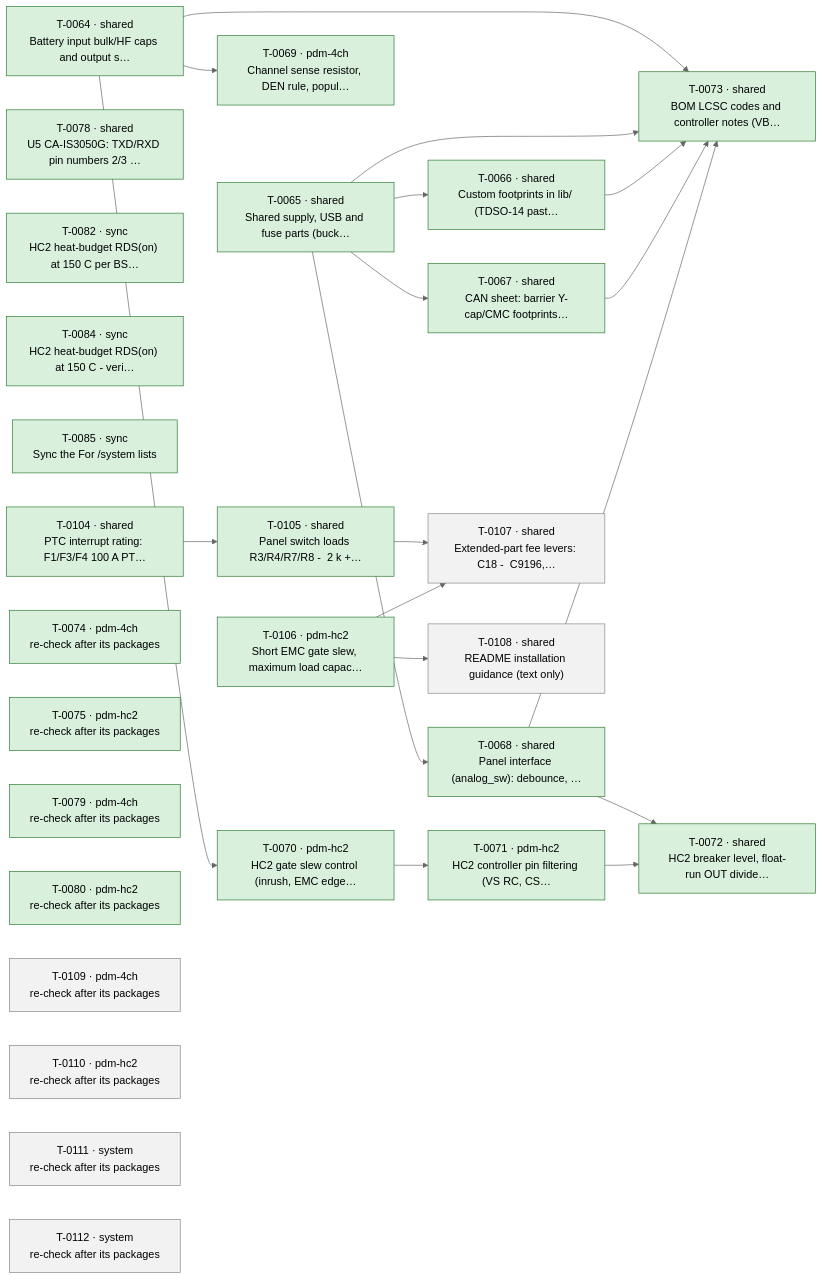
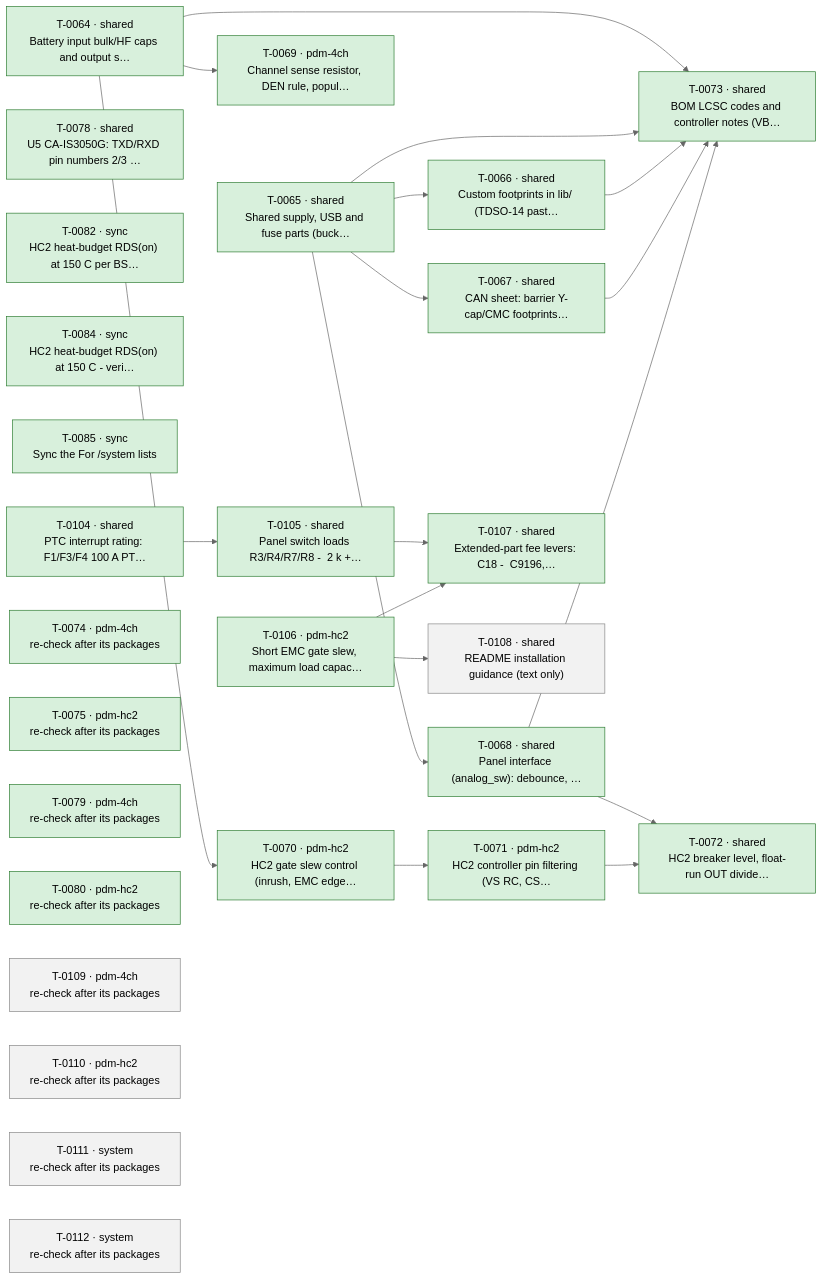
One commit to plektra/ESP32-PDM changed the diagram in docs/ROADMAP.md. Above: the diagram before and after it, drawn with Mermaid (neutral theme). The commit also changed other lines of this file and 3 other files, not shown here.

````diff
--- a/docs/ROADMAP.md
+++ b/docs/ROADMAP.md
@@ -18,51 +18,51 @@
 ```mermaid
 flowchart LR
   T0064["T-0064 · shared<br/>Battery input bulk/HF caps and output s…"]:::done
   T0065["T-0065 · shared<br/>Shared supply, USB and fuse parts (buck…"]:::done
   T0066["T-0066 · shared<br/>Custom footprints in lib/ (TDSO-14 past…"]:::done
   T0067["T-0067 · shared<br/>CAN sheet: barrier Y-cap/CMC footprints…"]:::done
   T0068["T-0068 · shared<br/>Panel interface (analog_sw): debounce, …"]:::done
   T0069["T-0069 · pdm-4ch<br/>Channel sense resistor, DEN rule, popul…"]:::done
   T0070["T-0070 · pdm-hc2<br/>HC2 gate slew control (inrush, EMC edge…"]:::done
   T0071["T-0071 · pdm-hc2<br/>HC2 controller pin filtering (VS RC, CS…"]:::done
   T0072["T-0072 · shared<br/>HC2 breaker level, float-run OUT divide…"]:::done
   T0073["T-0073 · shared<br/>BOM LCSC codes and controller notes (VB…"]:::done
   T0078["T-0078 · shared<br/>U5 CA-IS3050G: TXD/RXD pin numbers 2/3 …"]:::done
   T0082["T-0082 · sync<br/>HC2 heat-budget RDS(on) at 150 C per BS…"]:::done
   T0084["T-0084 · sync<br/>HC2 heat-budget RDS(on) at 150 C - veri…"]:::done
   T0085["T-0085 · sync<br/>Sync the  For /system  lists"]:::done
   T0104["T-0104 · shared<br/>PTC interrupt rating: F1/F3/F4 100 A PT…"]:::done
   T0105["T-0105 · shared<br/>Panel switch loads R3/R4/R7/R8 -  2 k +…"]:::done
   T0106["T-0106 · pdm-hc2<br/>Short EMC gate slew, maximum load capac…"]:::done
-  T0107["T-0107 · shared<br/>Extended-part fee levers: C18 -  C9196,…"]:::ready
+  T0107["T-0107 · shared<br/>Extended-part fee levers: C18 -  C9196,…"]:::done
   T0108["T-0108 · shared<br/>README installation guidance (text only)"]:::ready
   T0074["T-0074 · pdm-4ch<br/>re-check after its packages"]:::done
   T0075["T-0075 · pdm-hc2<br/>re-check after its packages"]:::done
   T0079["T-0079 · pdm-4ch<br/>re-check after its packages"]:::done
   T0080["T-0080 · pdm-hc2<br/>re-check after its packages"]:::done
   T0109["T-0109 · pdm-4ch<br/>re-check after its packages"]:::ready
   T0110["T-0110 · pdm-hc2<br/>re-check after its packages"]:::ready
   T0111["T-0111 · system<br/>re-check after its packages"]:::ready
   T0112["T-0112 · system<br/>re-check after its packages"]:::ready
   T0065 --> T0066
   T0065 --> T0067
   T0065 --> T0068
   T0064 --> T0069
   T0064 --> T0070
   T0070 --> T0071
   T0068 --> T0072
   T0071 --> T0072
   T0064 --> T0073
   T0065 --> T0073
   T0066 --> T0073
   T0067 --> T0073
   T0068 --> T0073
   T0104 --> T0105
   T0105 --> T0107
   T0106 --> T0107
   T0106 --> T0108
   classDef done fill:#d8f0dc,stroke:#2e7d32
   classDef running fill:#d6e6ff,stroke:#1f5fbf
   classDef ready fill:#f2f2f2,stroke:#888
   classDef failed fill:#f9d9d9,stroke:#b3261e
 ```
````
